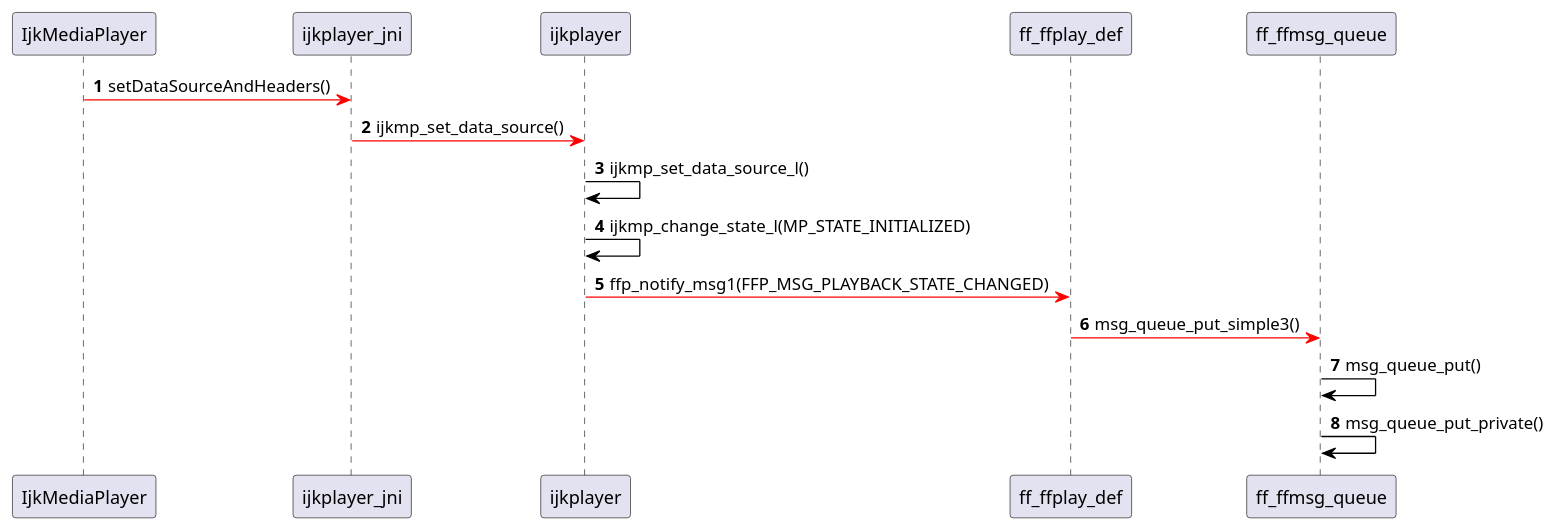
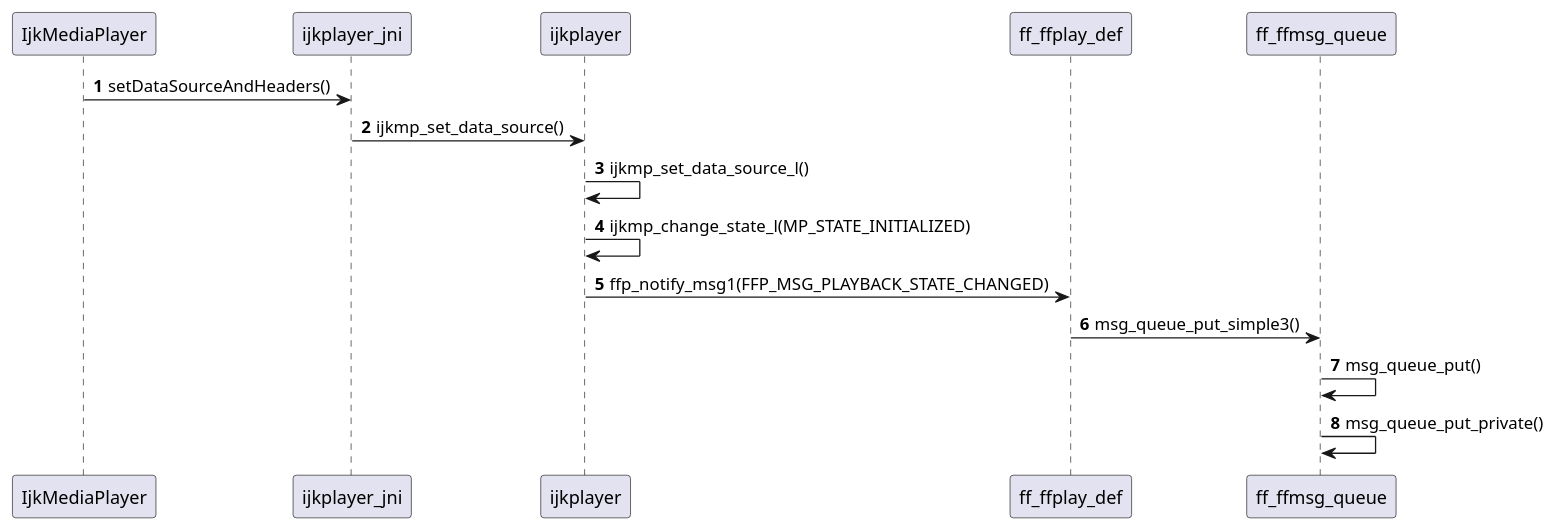
The diagram in doc/IjkPlayer/Sequence/ijkplayer_jni-datasource.puml (biezhihua/SMusic), drawn with PlantUML before and after one commit. The commit also changed 16 other files, not shown here.

```diff
--- a/doc/IjkPlayer/Sequence/ijkplayer_jni-datasource.puml
+++ b/doc/IjkPlayer/Sequence/ijkplayer_jni-datasource.puml
@@ -1,22 +1,22 @@
 @startuml
 autonumber
 
-IjkMediaPlayer [#FF0000]-> ijkplayer_jni:setDataSourceAndHeaders()
+IjkMediaPlayer -> ijkplayer_jni:setDataSourceAndHeaders()
 
-ijkplayer_jni [#FF0000]-> ijkplayer:ijkmp_set_data_source()
+ijkplayer_jni -> ijkplayer:ijkmp_set_data_source()
 
-ijkplayer [#000000]-> ijkplayer:ijkmp_set_data_source_l()
+ijkplayer -> ijkplayer:ijkmp_set_data_source_l()
 
-ijkplayer [#000000]-> ijkplayer:ijkmp_change_state_l(MP_STATE_INITIALIZED)
+ijkplayer -> ijkplayer:ijkmp_change_state_l(MP_STATE_INITIALIZED)
 
-ijkplayer [#FF0000]-> ff_ffplay_def:ffp_notify_msg1(FFP_MSG_PLAYBACK_STATE_CHANGED)
+ijkplayer -> ff_ffplay_def:ffp_notify_msg1(FFP_MSG_PLAYBACK_STATE_CHANGED)
 
-ff_ffplay_def [#FF0000]-> ff_ffmsg_queue:msg_queue_put_simple3()
+ff_ffplay_def -> ff_ffmsg_queue:msg_queue_put_simple3()
 
-ff_ffmsg_queue [#000000]-> ff_ffmsg_queue:msg_queue_put()
+ff_ffmsg_queue -> ff_ffmsg_queue:msg_queue_put()
 
-ff_ffmsg_queue [#000000]-> ff_ffmsg_queue:msg_queue_put_private()
+ff_ffmsg_queue -> ff_ffmsg_queue:msg_queue_put_private()
 
 
 
 @enduml
```
